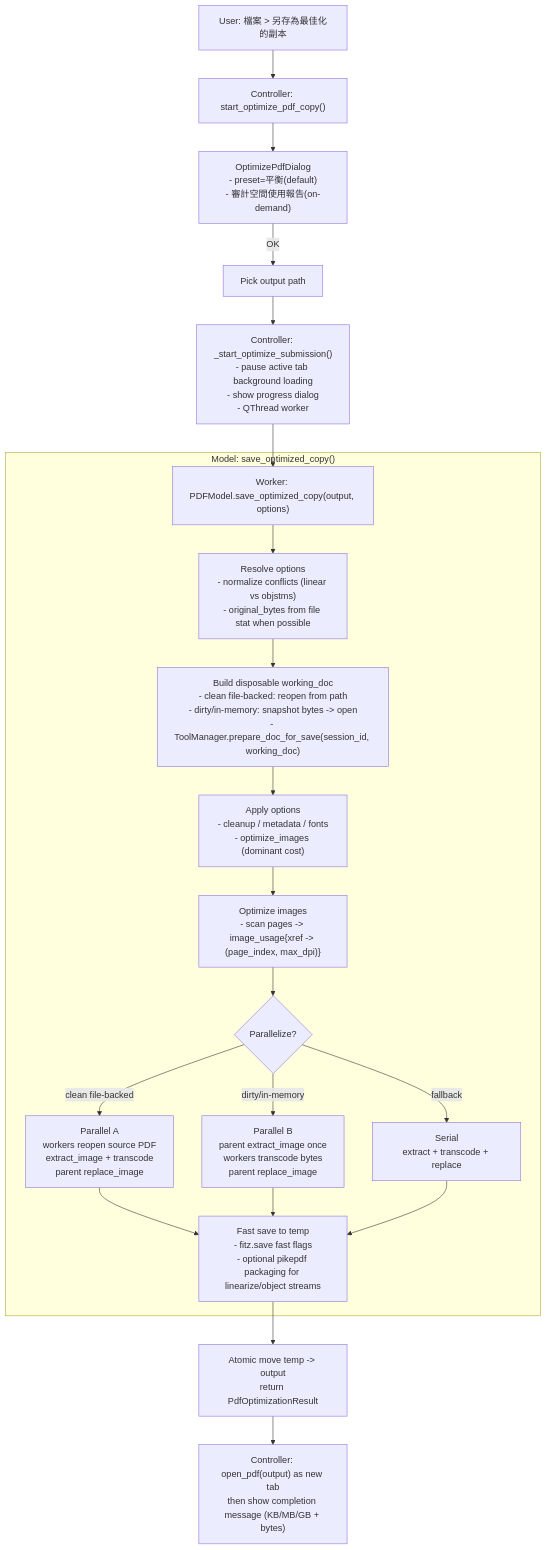
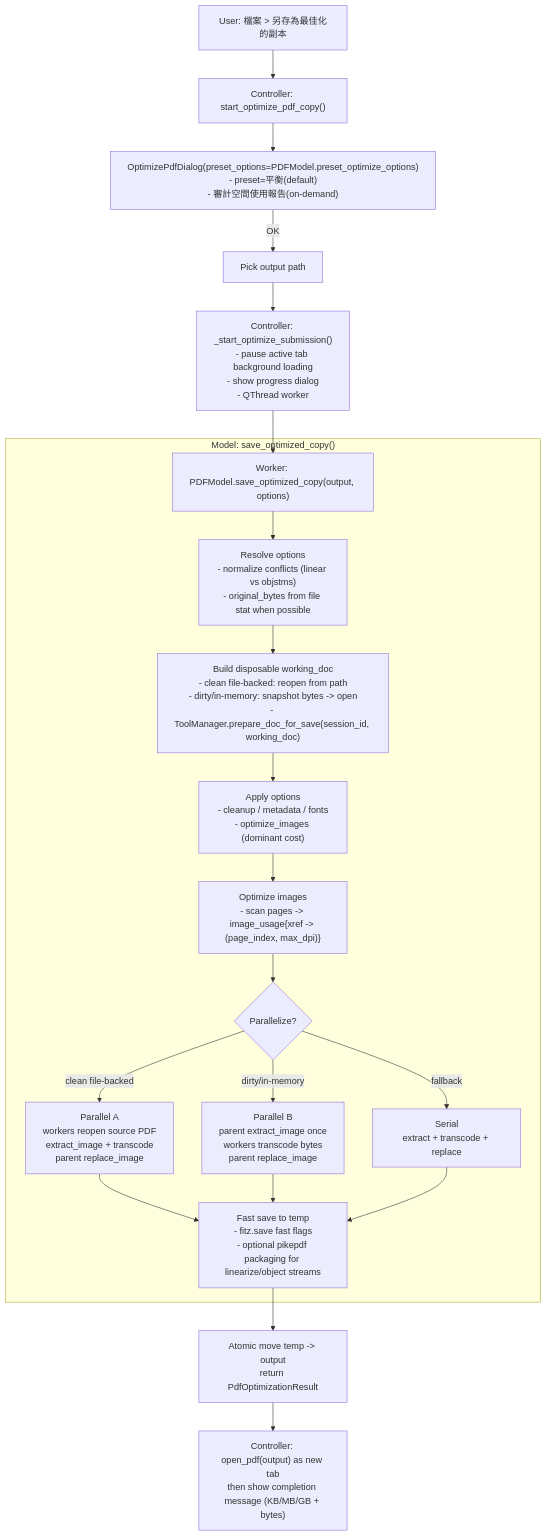
One commit to CyberSaga/pdf_editor changed the second of 2 diagrams in docs/ARCHITECTURE.md. Above: the diagram before and after it, drawn with Mermaid. The commit also changed other lines of this file and 12 other files, not shown here.

````diff
--- a/docs/ARCHITECTURE.md
+++ b/docs/ARCHITECTURE.md
@@ -425,25 +426,25 @@
 ```mermaid
 flowchart TD
   A["User: 檔案 > 另存為最佳化的副本"] --> B["Controller: start_optimize_pdf_copy()"]
-  B --> C["OptimizePdfDialog\n- preset=平衡(default)\n- 審計空間使用報告(on-demand)"]
+  B --> C["OptimizePdfDialog(preset_options=PDFModel.preset_optimize_options)\n- preset=平衡(default)\n- 審計空間使用報告(on-demand)"]
   C -->|OK| D["Pick output path"]
   D --> E["Controller: _start_optimize_submission()\n- pause active tab background loading\n- show progress dialog\n- QThread worker"]
   E --> F["Worker: PDFModel.save_optimized_copy(output, options)"]
 
   subgraph Model["Model: save_optimized_copy()"]
     F --> G["Resolve options\n- normalize conflicts (linear vs objstms)\n- original_bytes from file stat when possible"]
     G --> H["Build disposable working_doc\n- clean file-backed: reopen from path\n- dirty/in-memory: snapshot bytes -> open\n- ToolManager.prepare_doc_for_save(session_id, working_doc)"]
     H --> I["Apply options\n- cleanup / metadata / fonts\n- optimize_images (dominant cost)"]
     I --> J["Optimize images\n- scan pages -> image_usage{xref -> (page_index, max_dpi)}"]
     J --> K{"Parallelize?"}
     K -->|clean file-backed| L["Parallel A\nworkers reopen source PDF\nextract_image + transcode\nparent replace_image"]
     K -->|dirty/in-memory| M["Parallel B\nparent extract_image once\nworkers transcode bytes\nparent replace_image"]
     K -->|fallback| N["Serial\nextract + transcode + replace"]
     L --> O["Fast save to temp\n- fitz.save fast flags\n- optional pikepdf packaging for linearize/object streams"]
     M --> O
     N --> O
   end
 
   O --> P["Atomic move temp -> output\nreturn PdfOptimizationResult"]
   P --> Q["Controller: open_pdf(output) as new tab\nthen show completion message (KB/MB/GB + bytes)"]
 ```
````
